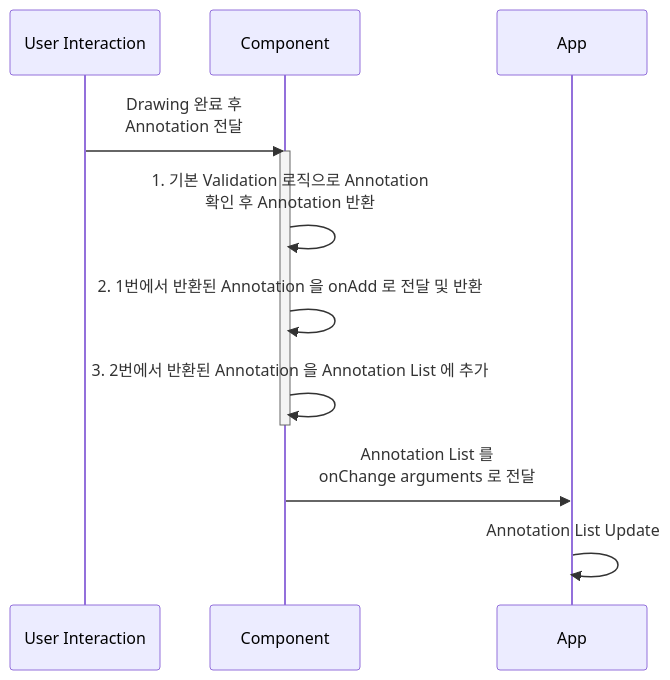
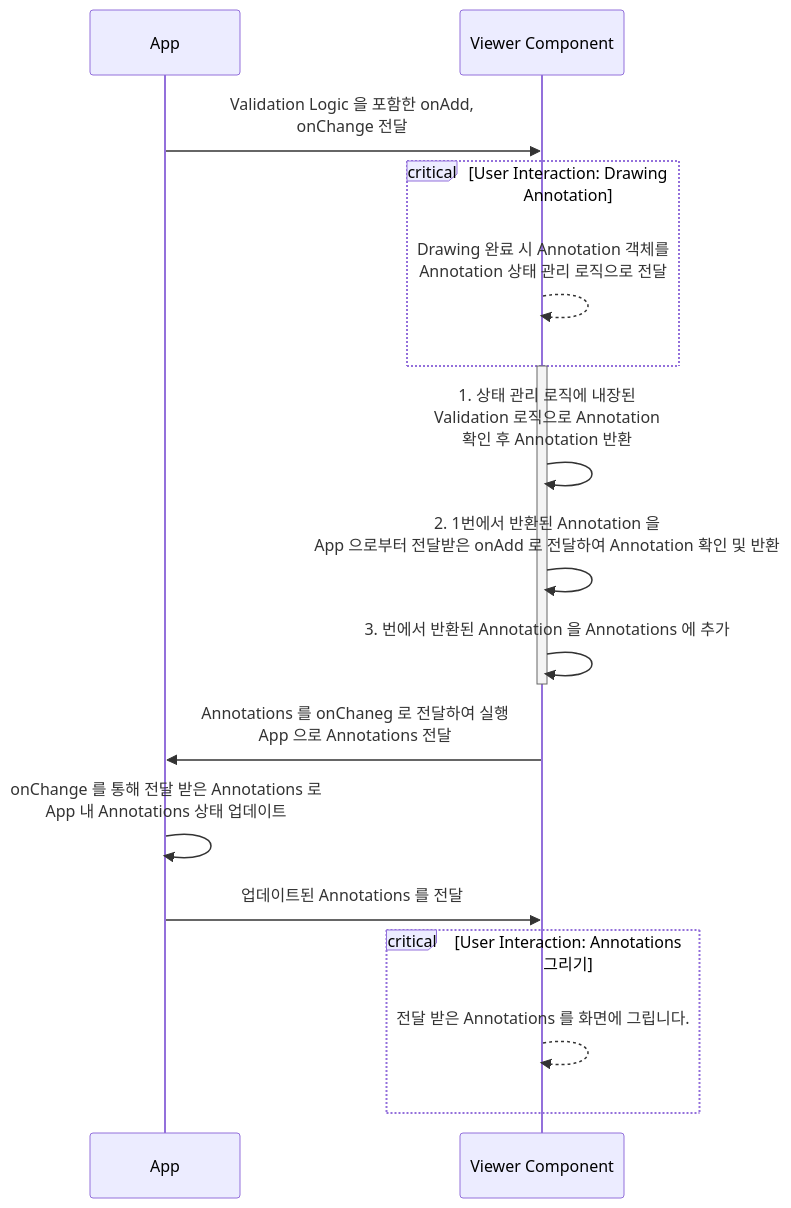
The second of 2 diagrams in rfcs/0003_AnnotationOverlay_onChange.md (lunit-io/insight-viewer), drawn with Mermaid before and after one commit. The commit also changed other lines of this file, not shown here.

Commit message:
docs(root): update onChange, onAdd sequence diagram

````diff
--- a/rfcs/0003_AnnotationOverlay_onChange.md
+++ b/rfcs/0003_AnnotationOverlay_onChange.md
@@ -205,11 +209,18 @@
 ```mermaid
   sequenceDiagram
-      User Interaction->>Component: Drawing 완료 후<br /> Annotation 전달
-      activate Component
-      Component->>Component: 1. 기본 Validation 로직으로 Annotation<br /> 확인 후 Annotation 반환
-      Component->>Component: 2. 1번에서 반환된 Annotation 을 onAdd 로 전달 및 반환
-      Component->>Component: 3. 2번에서 반환된 Annotation 을 Annotation List 에 추가
-      deactivate Component
-      Component->>App: Annotation List 를 <br />onChange arguments 로 전달
-      App->>App: Annotation List Update
+      App->>Viewer Component: Validation Logic 을 포함한 onAdd,<br/> onChange 전달
+      critical User Interaction: Drawing Annotation
+      Viewer Component-->>Viewer Component: Drawing 완료 시 Annotation 객체를<br /> Annotation 상태 관리 로직으로 전달
+      end
+      activate Viewer Component
+      Viewer Component->>Viewer Component: 1. 상태 관리 로직에 내장된<br /> Validation 로직으로 Annotation<br /> 확인 후 Annotation 반환
+      Viewer Component->>Viewer Component: 2. 1번에서 반환된 Annotation 을 <br /> App 으로부터 전달받은 onAdd 로 전달하여 Annotation 확인 및 반환
+      Viewer Component->>Viewer Component: 3. 번에서 반환된 Annotation 을 Annotations 에 추가
+      deactivate Viewer Component
+      Viewer Component->>App: Annotations 를 onChaneg 로 전달하여 실행<br /> App 으로 Annotations 전달
+      App->>App: onChange 를 통해 전달 받은 Annotations 로<br />App 내 Annotations 상태 업데이트
+      App->>Viewer Component: 업데이트된 Annotations 를 전달
+      critical User Interaction: Annotations 그리기
+      Viewer Component-->>Viewer Component: 전달 받은 Annotations 를 화면에 그립니다.
+      end
 ```
````
